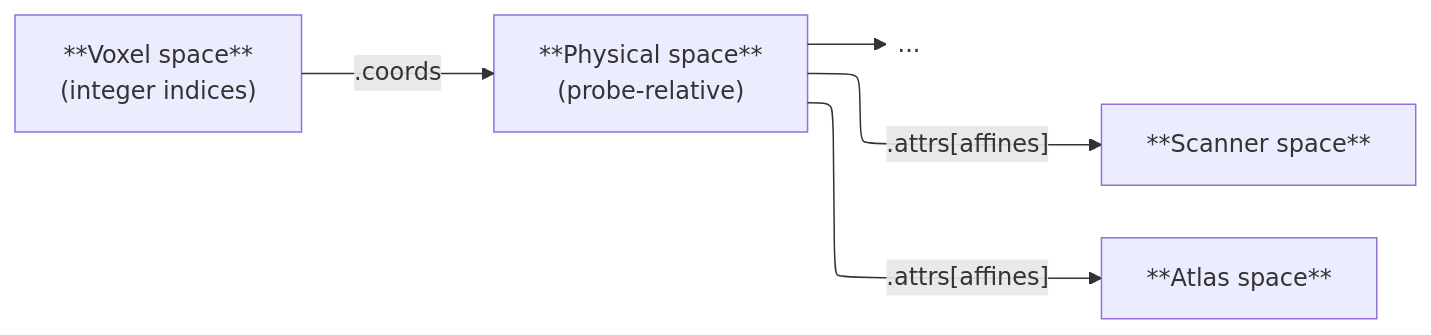
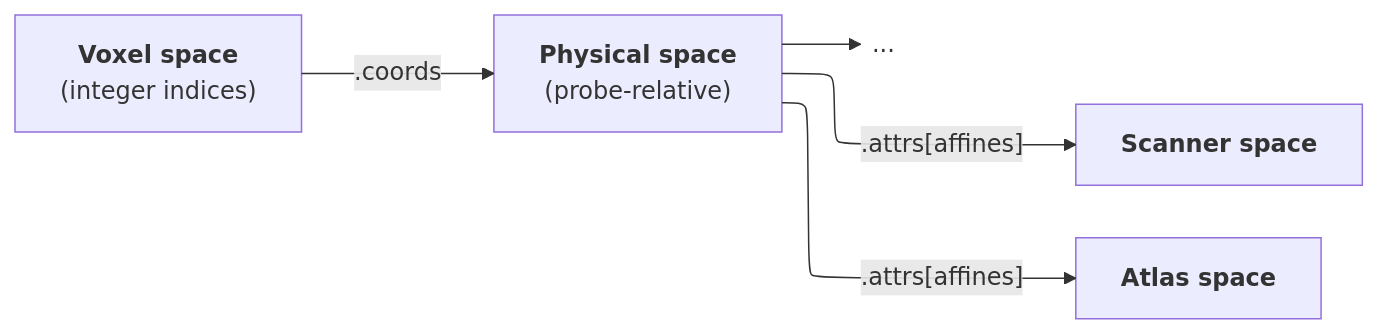
One commit to sdiebolt/confusius changed the diagram in docs/user-guide/spatial-conventions.md. Above: the diagram before and after it, drawn with Mermaid. The commit also changed other lines of this file and 4 other files, not shown here.

````diff
--- a/docs/user-guide/spatial-conventions.md
+++ b/docs/user-guide/spatial-conventions.md
@@ -19,19 +19,19 @@
 ```mermaid
 ---
 config:
   layout: elk
 ---
 flowchart LR
-    V["**Voxel space**<br>(integer indices)"]
-    P["**Physical space**<br>(probe-relative)"]
-    W1["**Scanner space**"]
+    V["<b>Voxel space</b><br>(integer indices)"]
+    P["<b>Physical space</b><br>(probe-relative)"]
+    W1["<b>Scanner space</b>"]
     ellipsis{{"..."}}
-    W2["**Atlas space**"]
+    W2["<b>Atlas space</b>"]
 
     V -->|".coords"| P
     P -->|".attrs[affines]"| W1
     P -->|".attrs[affines]"| W2
     P --> ellipsis
 
     ellipsis@{ shape: text }
 ```
````
